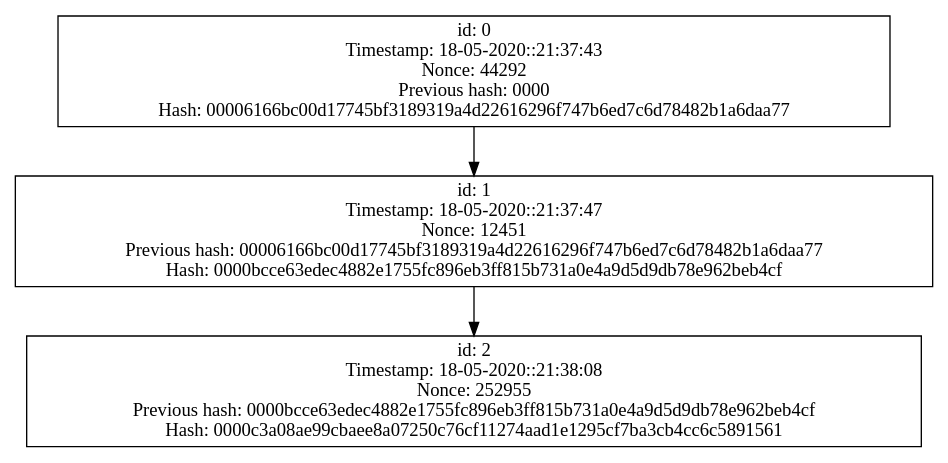
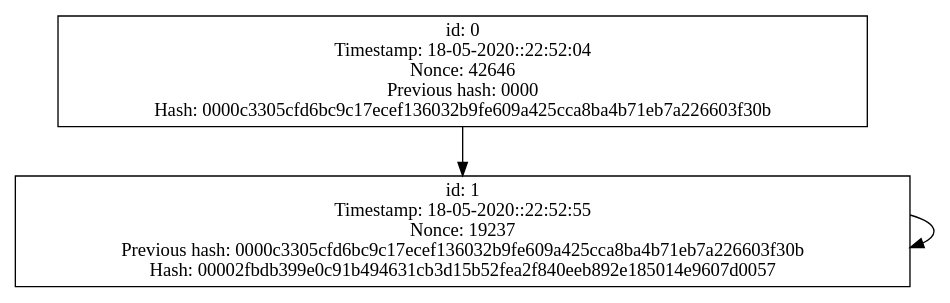
One commit to carlostex98/Block-Lib changed the diagram in bloques.dot. Above: the diagram before and after it, drawn with Graphviz. The commit also changed 6 other files, not shown here.

```diff
--- a/bloques.dot
+++ b/bloques.dot
@@ -1,10 +1,10 @@
 digraph sls{
 node [shape=record];
-ip0 [label=" id: 0\nTimestamp: 18-05-2020::21:37:43\nNonce: 44292\nPrevious hash: 0000\nHash: 00006166bc00d17745bf3189319a4d22616296f747b6ed7c6d78482b1a6daa77 "];
+ip0 [label=" id: 0\nTimestamp: 18-05-2020::22:52:04\nNonce: 42646\nPrevious hash: 0000\nHash: 0000c3305cfd6bc9c17ecef136032b9fe609a425cca8ba4b71eb7a226603f30b "];
 ip0 -> ip1; 
 
-ip1 [label=" id: 1\nTimestamp: 18-05-2020::21:37:47\nNonce: 12451\nPrevious hash: 00006166bc00d17745bf3189319a4d22616296f747b6ed7c6d78482b1a6daa77\nHash: 0000bcce63edec4882e1755fc896eb3ff815b731a0e4a9d5d9db78e962beb4cf "];
-ip1 -> ip2; 
+ip1 [label=" id: 1\nTimestamp: 18-05-2020::22:52:55\nNonce: 19237\nPrevious hash: 0000c3305cfd6bc9c17ecef136032b9fe609a425cca8ba4b71eb7a226603f30b\nHash: 00002fbdb399e0c91b494631cb3d15b52fea2f840eeb892e185014e9607d0057 "];
+ip1 -> ip1; 
 
-ip2 [label=" id: 2\nTimestamp: 18-05-2020::21:38:08\nNonce: 252955\nPrevious hash: 0000bcce63edec4882e1755fc896eb3ff815b731a0e4a9d5d9db78e962beb4cf\nHash: 0000c3a08ae99cbaee8a07250c76cf11274aad1e1295cf7ba3cb4cc6c5891561 "];
+ip1 [label=" id: 1\nTimestamp: 18-05-2020::22:52:55\nNonce: 19237\nPrevious hash: 0000c3305cfd6bc9c17ecef136032b9fe609a425cca8ba4b71eb7a226603f30b\nHash: 00002fbdb399e0c91b494631cb3d15b52fea2f840eeb892e185014e9607d0057 "];
 }
```
